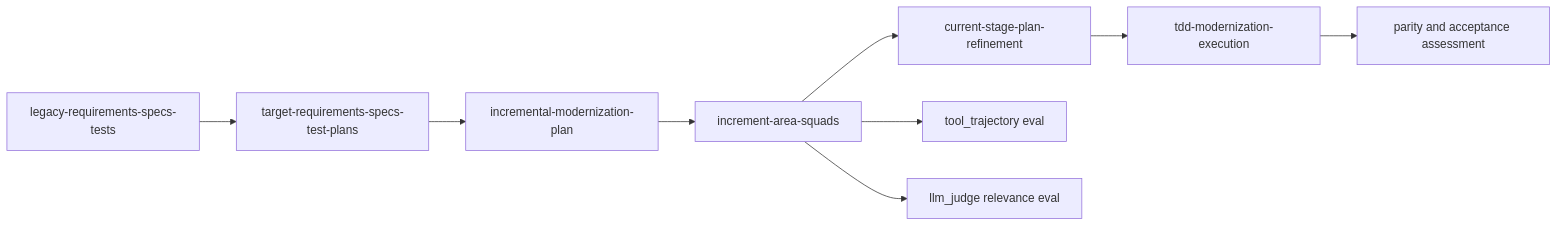
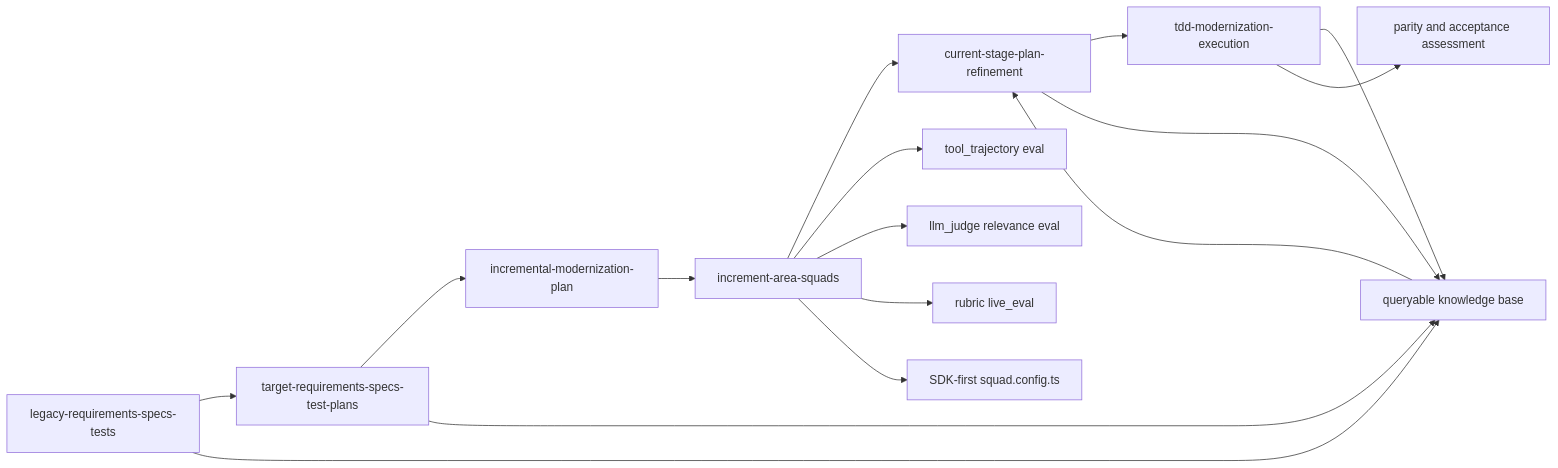
The second of 4 diagrams in docs/architecture/README.md (Tyler-R-Kendrick/project-khepri), drawn with Mermaid before and after one commit. The commit also changed other lines of this file and 32 other files, not shown here.

First line of the commit message:
[codex] Add queryable knowledge and squad eval workflow

````diff
--- a/docs/architecture/README.md
+++ b/docs/architecture/README.md
@@ -66,14 +66,22 @@
 ```mermaid
 flowchart LR
     legacy["legacy-requirements-specs-tests"]
     target["target-requirements-specs-test-plans"]
+    knowledge["queryable knowledge base"]
     increment["incremental-modernization-plan"]
     squads["increment-area-squads"]
     refine["current-stage-plan-refinement"]
     execute["tdd-modernization-execution"]
 
     legacy --> target --> increment --> squads --> refine --> execute
+    legacy --> knowledge
+    target --> knowledge
+    refine --> knowledge
+    execute --> knowledge
+    knowledge --> refine
     squads --> tool["tool_trajectory eval"]
     squads --> judge["llm_judge relevance eval"]
+    squads --> live["rubric live_eval"]
+    squads --> sdk["SDK-first squad.config.ts"]
     execute --> parity["parity and acceptance assessment"]
 ```
````
